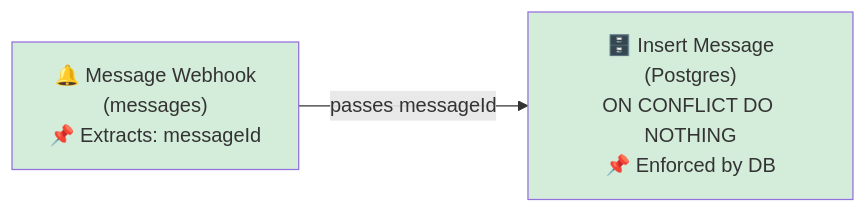
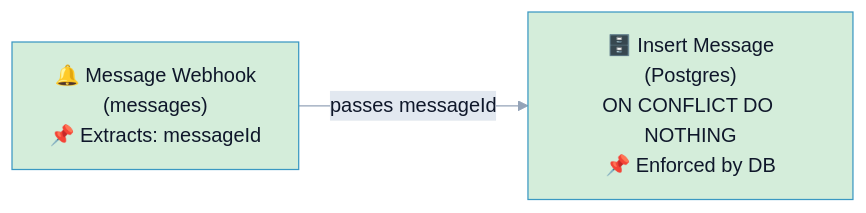
One commit to Replikanti/flowlint-examples changed the third of 3 diagrams in R3/README.md. Above: the diagram before and after it, drawn with Mermaid. The commit also changed other lines of this file, not shown here.

Commit message:
fix: theme readibility

````diff
--- a/R3/README.md
+++ b/R3/README.md
@@ -132,7 +134,8 @@
 ```mermaid
+%%{init: { "theme": "base", "themeVariables": { "primaryColor": "#38bdf8", "secondaryColor": "#22c55e", "tertiaryColor": "#e2e8f0", "primaryTextColor": "#0f172a", "lineColor": "#94a3b8", "edgeLabelBackground": "#e2e8f0", "background": "transparent" } } }%%
 graph LR
     A["🔔 Message Webhook<br/>(messages)<br/>📌 Extracts: messageId"] -->|passes messageId| B["🗄️ Insert Message<br/>(Postgres)<br/>ON CONFLICT DO NOTHING<br/>📌 Enforced by DB"]
 
     style A fill:#d4edda
     style B fill:#d4edda
 ```
````
